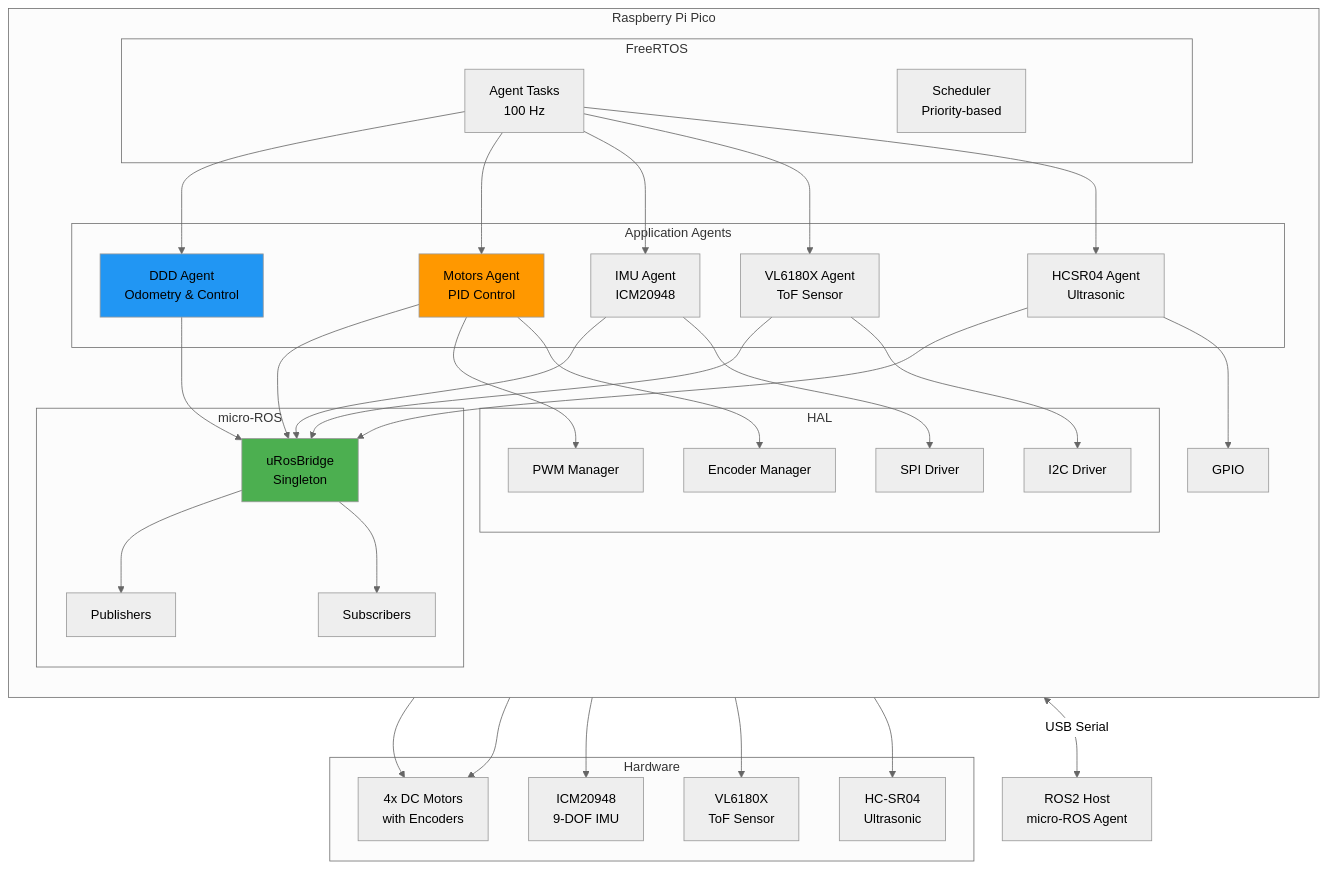
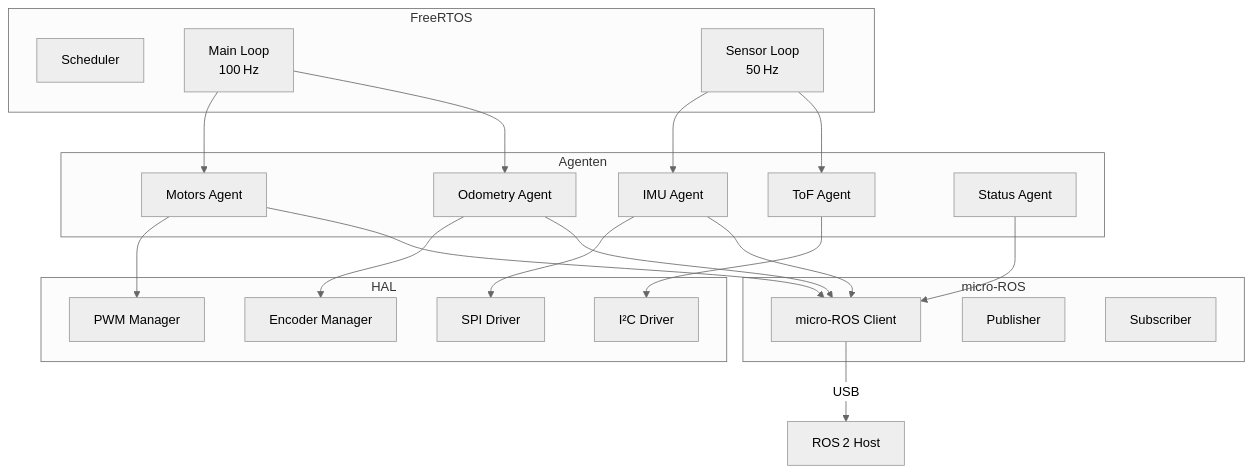
One commit to goldjunge91/my_steel-robot_ws changed the diagram in docs/doc/FIRMWARE_ARCHITECTURE.md. Above: the diagram before and after it, drawn with Mermaid (neutral theme). The commit also changed other lines of this file and 11 other files, not shown here.

````diff
--- a/docs/doc/FIRMWARE_ARCHITECTURE.md
+++ b/docs/doc/FIRMWARE_ARCHITECTURE.md
@@ -16,72 +15,39 @@
 ```mermaid
 graph TB
-    subgraph "Raspberry Pi Pico"
-        direction TB
-        
-        subgraph "FreeRTOS"
-            TASKS[Agent Tasks<br/>100 Hz]
-            SCHED[Scheduler<br/>Priority-based]
-        end
-        
-        subgraph "micro-ROS"
-            UROS[uRosBridge<br/>Singleton]
-            PUBS[Publishers]
-            SUBS[Subscribers]
-        end
-        
-        subgraph "Application Agents"
-            DDD[DDD Agent<br/>Odometry & Control]
-            MOTORS[Motors Agent<br/>PID Control]
-            IMU[IMU Agent<br/>ICM20948]
-            TOF[VL6180X Agent<br/>ToF Sensor]
-            US[HCSR04 Agent<br/>Ultrasonic]
-        end
-        
-        subgraph "HAL"
-            PWM[PWM Manager]
-            ENC[Encoder Manager]
-            SPI[SPI Driver]
-            I2C[I2C Driver]
-        end
-        
-        TASKS --> DDD
-        TASKS --> MOTORS
-        TASKS --> IMU
-        TASKS --> TOF
-        TASKS --> US
-        
-        DDD --> UROS
-        MOTORS --> UROS
-        IMU --> UROS
-        TOF --> UROS
-        US --> UROS
-        
-        UROS --> PUBS
-        UROS --> SUBS
-        
-        MOTORS --> PWM
-        MOTORS --> ENC
-        IMU --> SPI
-        TOF --> I2C
-        US --> GPIO
+    subgraph "FreeRTOS"
+        SCHED[Scheduler]
+        TASK100[Main Loop\n100 Hz]
+        TASK50[Sensor Loop\n50 Hz]
     end
-    
-    subgraph "Hardware"
-        MOTOR_HW[4x DC Motors<br/>with Encoders]
-        IMU_HW[ICM20948<br/>9-DOF IMU]
-        TOF_HW[VL6180X<br/>ToF Sensor]
-        US_HW[HC-SR04<br/>Ultrasonic]
+
+    subgraph "micro-ROS"
+        BRIDGE[micro-ROS Client]
+        PUB[Publisher]
+        SUB[Subscriber]
     end
-    
-    PWM --> MOTOR_HW
-    ENC --> MOTOR_HW
-    SPI --> IMU_HW
-    I2C --> TOF_HW
-    GPIO --> US_HW
-    
-    UROS <-->|USB Serial| ROS2[ROS2 Host<br/>micro-ROS Agent]
-    
-    style UROS fill:#4CAF50
-    style DDD fill:#2196F3
-    style MOTORS fill:#FF9800
+
+    subgraph "Agenten"
+        MOTORS[Motors Agent]
+        ODOM[Odometry Agent]
+        IMU[IMU Agent]
+        TOF[ToF Agent]
+        HEART[Status Agent]
+    end
+
+    subgraph "HAL"
+        PWM[PWM Manager]
+        ENC[Encoder Manager]
+        SPI[SPI Driver]
+        I2C[I²C Driver]
+    end
+
+    TASK100 --> MOTORS --> PWM
+    TASK100 --> ODOM --> ENC
+    TASK50 --> IMU --> SPI
+    TASK50 --> TOF --> I2C
+    HEART --> BRIDGE
+    MOTORS --> BRIDGE
+    ODOM --> BRIDGE
+    IMU --> BRIDGE
+    BRIDGE -->|USB| Host[ROS 2 Host]
 ```
````
